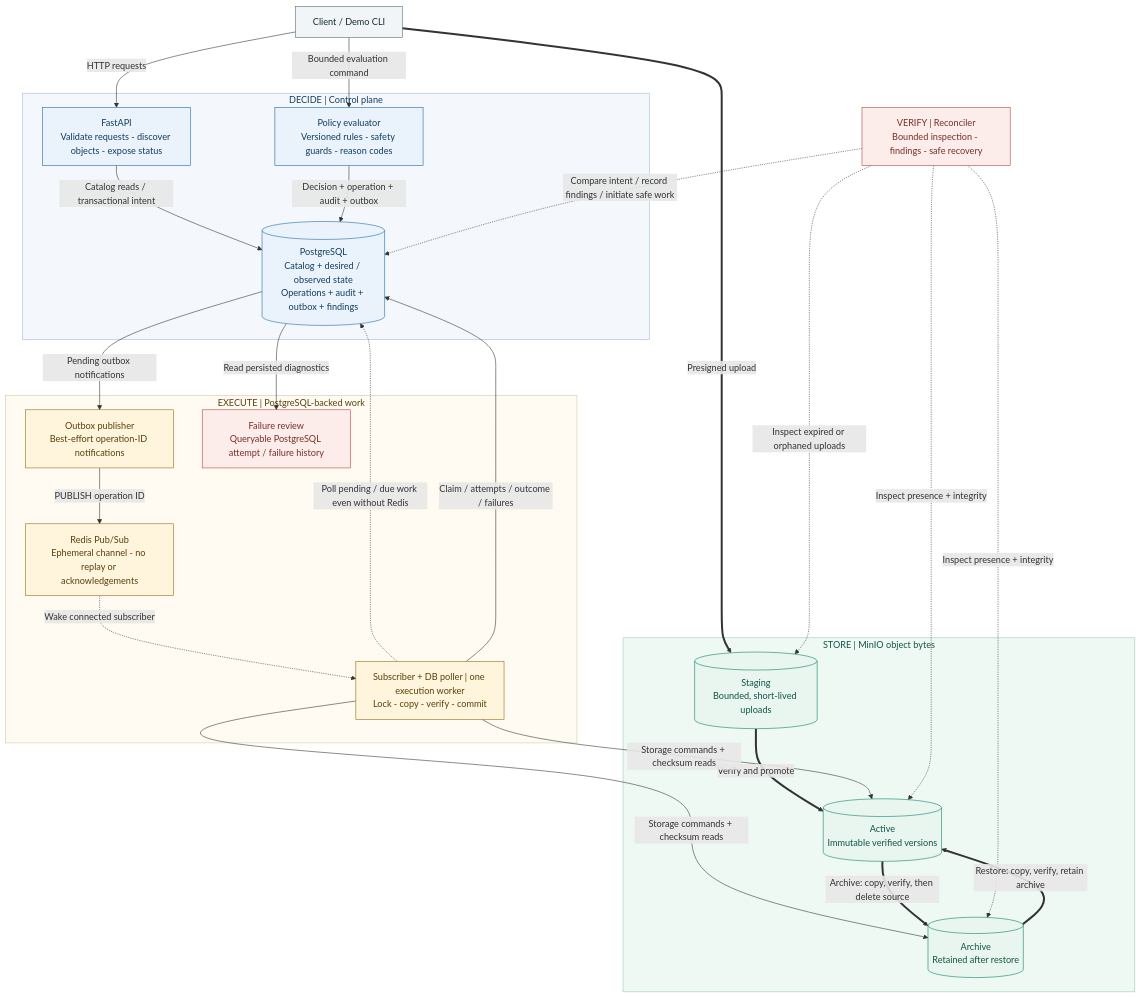
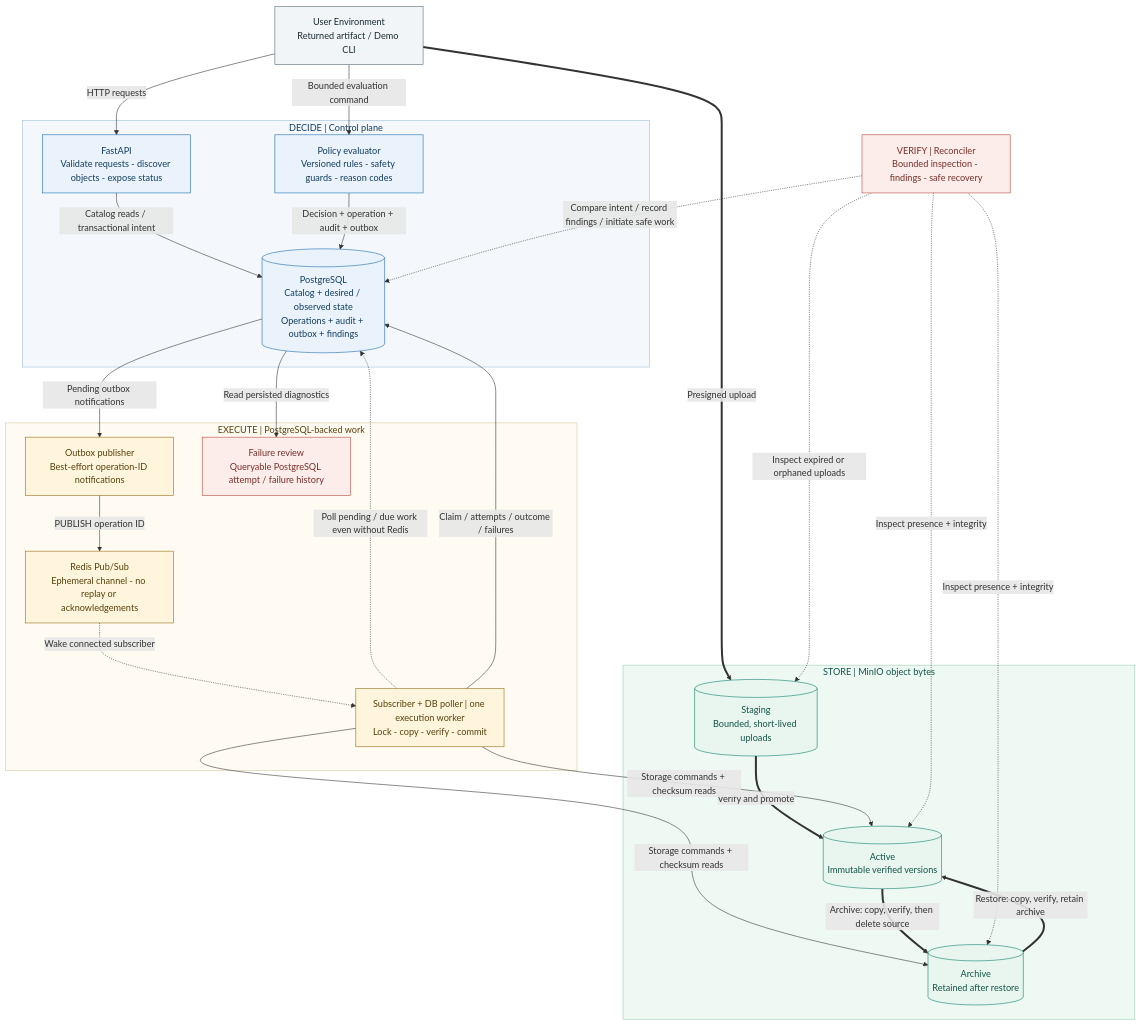
The second of 2 diagrams in README.md (Phat-pham99/Data_intensive_storage_gateway), drawn with Mermaid before and after one commit. The commit also changed other lines of this file and 3 other files, not shown here.

````diff
--- a/README.md
+++ b/README.md
@@ -57,62 +138,62 @@
 ```mermaid
 flowchart TB
-      client["Client / Demo CLI"]
+      client["User Environment<br/>Returned artifact / Demo CLI"]
 
       subgraph control["DECIDE | Control plane"]
             api["FastAPI<br/>Validate requests - discover objects - expose status"]
             policy["Policy evaluator<br/>Versioned rules - safety guards - reason codes"]
             catalog[("PostgreSQL<br/>Catalog + desired / observed state<br/>Operations + audit + outbox + findings")]
       end
 
       subgraph execution["EXECUTE | PostgreSQL-backed work"]
             publisher["Outbox publisher<br/>Best-effort operation-ID notifications"]
             pubsub["Redis Pub/Sub<br/>Ephemeral channel - no replay or acknowledgements"]
             worker["Subscriber + DB poller | one execution worker<br/>Lock - copy - verify - commit"]
             failures["Failure review<br/>Queryable PostgreSQL attempt / failure history"]
       end
 
       subgraph storage["STORE | MinIO object bytes"]
             staging[("Staging<br/>Bounded, short-lived uploads")]
             active[("Active<br/>Immutable verified versions")]
             archive[("Archive<br/>Retained after restore")]
       end
 
       reconciler["VERIFY | Reconciler<br/>Bounded inspection - findings - safe recovery"]
 
       client -->|HTTP requests| api
       client -->|Bounded evaluation command| policy
       api -->|Catalog reads / transactional intent| catalog
       policy -->|Decision + operation + audit + outbox| catalog
       catalog -->|Pending outbox notifications| publisher
       publisher -->|PUBLISH operation ID| pubsub
       pubsub -.->|Wake connected subscriber| worker
       worker -.->|Poll pending / due work even without Redis| catalog
       worker -->|Claim / attempts / outcome / failures| catalog
       catalog -->|Read persisted diagnostics| failures
 
       client ==>|Presigned upload| staging
       staging ==>|Verify and promote| active
       worker -->|Storage commands + checksum reads| active
       worker -->|Storage commands + checksum reads| archive
       active ==>|Archive: copy, verify, then delete source| archive
       archive ==>|Restore: copy, verify, retain archive| active
 
       reconciler -.->|Compare intent / record findings / initiate safe work| catalog
       reconciler -.->|Inspect expired or orphaned uploads| staging
       reconciler -.->|Inspect presence + integrity| active
       reconciler -.->|Inspect presence + integrity| archive
 
       classDef entry fill:#F1F5F7,stroke:#536973,color:#172C34
       classDef decide fill:#EAF3FB,stroke:#1767AB,color:#123D60
       classDef execute fill:#FFF4DC,stroke:#946B12,color:#59400B
       classDef bytes fill:#E8F6EF,stroke:#087C68,color:#125447
       classDef verify fill:#FCEDEB,stroke:#B74138,color:#782F29
       class client entry
       class api,policy,catalog decide
       class publisher,pubsub,worker execute
       class staging,active,archive bytes
       class reconciler,failures verify
       style control fill:#F4F8FC,stroke:#9BBEDA,color:#123D60
       style execution fill:#FFFBF2,stroke:#D6C69D,color:#59400B
       style storage fill:#EFF9F3,stroke:#9ACAB4,color:#125447
 ```
````
